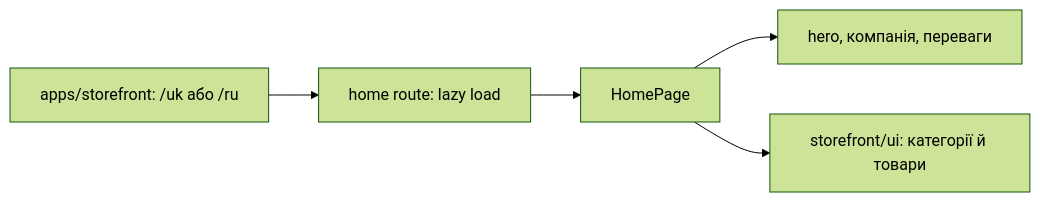
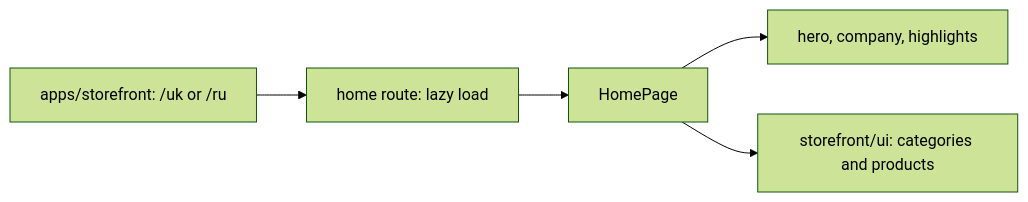
One commit to Weretik/brevi-web changed the diagram in docs/features/storefront/home.md. Above: the diagram before and after it, drawn with Mermaid (forest theme). The commit also changed other lines of this file and 52 other files, not shown here.

Commit message:
docs(frontend): reconcile architecture and feature guidance

````diff
--- a/docs/features/storefront/home.md
+++ b/docs/features/storefront/home.md
@@ -9,7 +13,7 @@
 ```mermaid
 flowchart LR
-  App["apps/storefront: /uk або /ru"] --> Route["home route: lazy load"]
+  App["apps/storefront: /uk or /ru"] --> Route["home route: lazy load"]
   Route --> Page["HomePage"]
-  Page --> Sections["hero, компанія, переваги"]
-  Page --> UI["storefront/ui: категорії й товари"]
+  Page --> Sections["hero, company, highlights"]
+  Page --> UI["storefront/ui: categories and products"]
 ```
````
